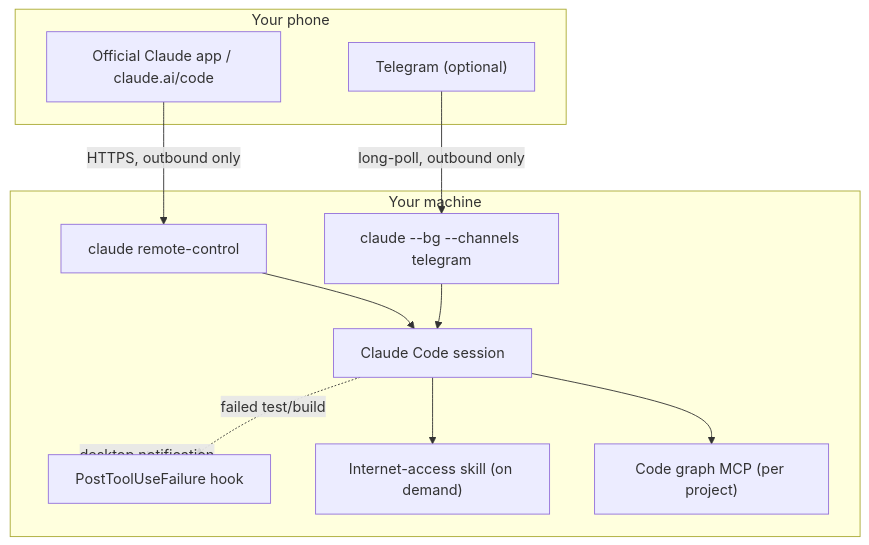
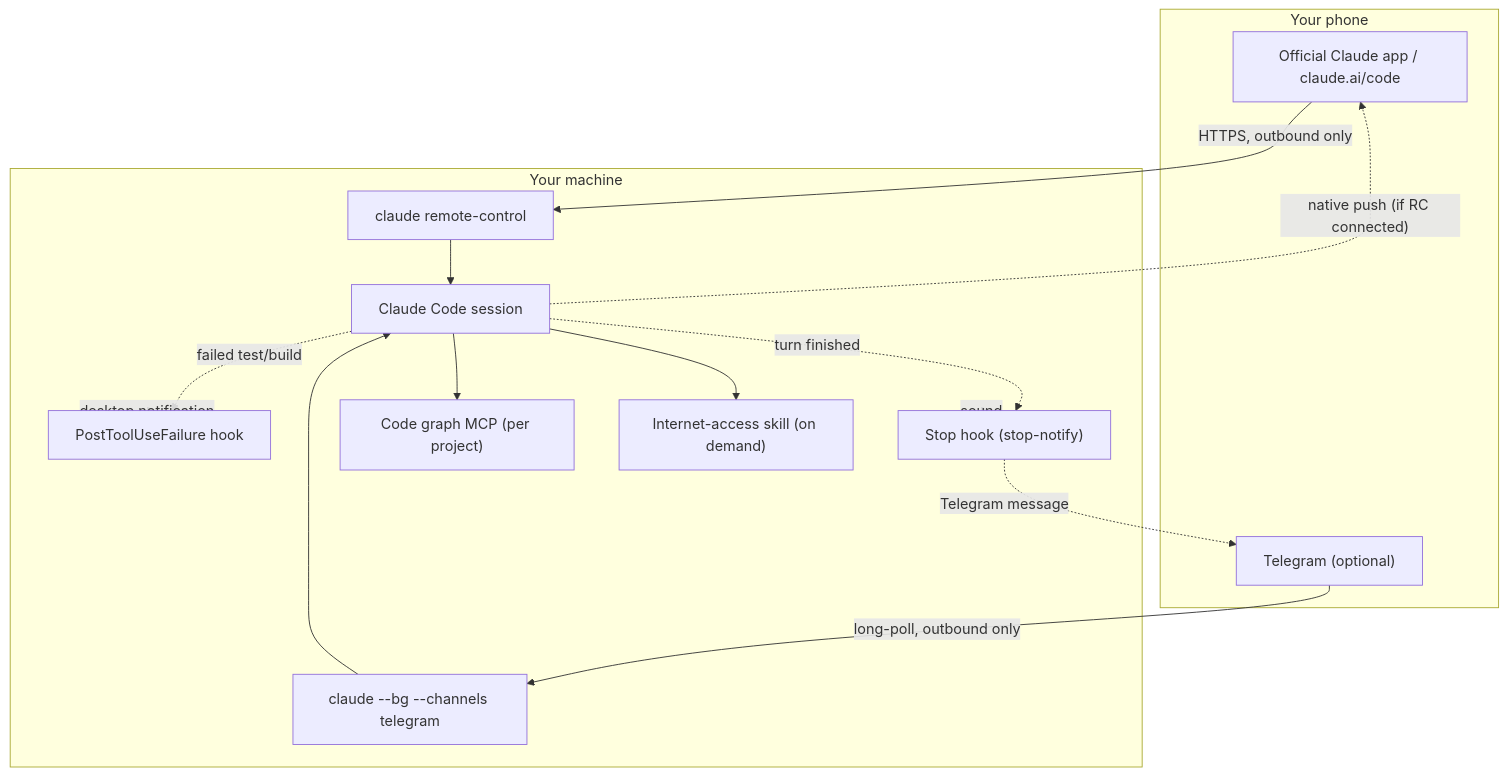
Before and after one commit to adro0303/overclaude: the diagram in README.md, drawn with Mermaid. The commit also changed other lines of this file and 5 other files, not shown here.

First line of the commit message:
Add turn-completion notification hook (sound + Telegram + native mobile push)

````diff
--- a/README.md
+++ b/README.md
@@ -42,25 +45,30 @@
 ```mermaid
 flowchart TB
     subgraph Mobile["Your phone"]
         App["Official Claude app / claude.ai/code"]
         TG["Telegram (optional)"]
     end
 
     subgraph PC["Your machine"]
         RC["claude remote-control"]
         CH["claude --bg --channels telegram"]
         Hook["PostToolUseFailure hook"]
+        StopHook["Stop hook (stop-notify)"]
         CBM["Code graph MCP (per project)"]
         AR["Internet-access skill (on demand)"]
         Claude["Claude Code session"]
     end
 
     App -- "HTTPS, outbound only" --> RC
     TG -- "long-poll, outbound only" --> CH
     RC --> Claude
     CH --> Claude
     Claude --> CBM
     Claude --> AR
     Claude -. "failed test/build" .-> Hook
     Hook -. "desktop notification" .-> PC
+    Claude -. "turn finished" .-> StopHook
+    StopHook -. "sound" .-> PC
+    StopHook -. "Telegram message" .-> TG
+    Claude -. "native push (if RC connected)" .-> App
 ```
````
